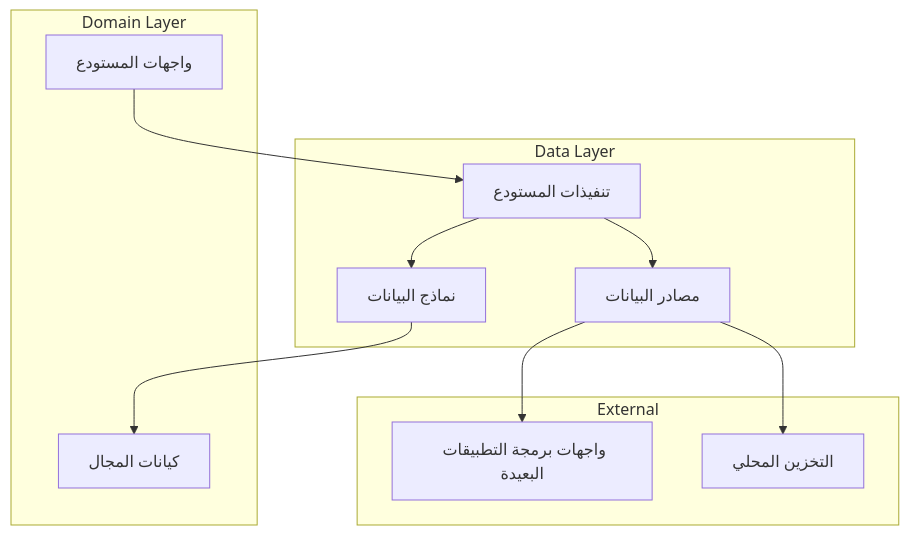
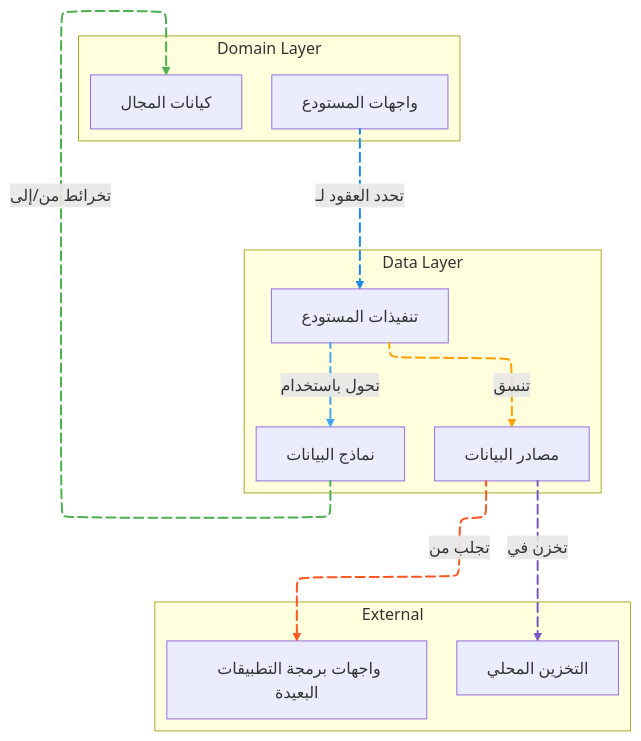
One commit to GeniusSystems24/genius_store changed the first of 2 diagrams in lib/data/README-ar.md. Above: the diagram before and after it, drawn with Mermaid. The commit also changed 60 other files, not shown here.

Commit message:
- add animations to diagrams.

````diff
--- a/lib/data/README-ar.md
+++ b/lib/data/README-ar.md
@@ -35,25 +35,44 @@
 ```mermaid
+---
+config:
+  look: classic
+  layout: elk
+---
 flowchart TD
     subgraph Domain Layer
         DomainEntities[كيانات المجال]
         RepositoryInterfaces[واجهات المستودع]
     end
     
     subgraph Data Layer
         RepositoryImplementations[تنفيذات المستودع]
         Models[نماذج البيانات]
         DataSources[مصادر البيانات]
     end
     
     subgraph External
         Remote[واجهات برمجة التطبيقات البعيدة]
         Local[التخزين المحلي]
     end
     
-    RepositoryInterfaces --> RepositoryImplementations
-    RepositoryImplementations --> Models
-    RepositoryImplementations --> DataSources
-    Models --> DomainEntities
-    DataSources --> Remote
-    DataSources --> Local
+    RepositoryInterfaces L_RepositoryInterfaces_RepositoryImplementations_0@--> |تحدد العقود لـ| RepositoryImplementations
+    RepositoryImplementations L_RepositoryImplementations_Models_0@--> |تحول باستخدام| Models
+    RepositoryImplementations L_RepositoryImplementations_DataSources_0@--> |تنسق| DataSources
+    Models L_Models_DomainEntities_0@--> |تخرائط من/إلى| DomainEntities
+    DataSources L_DataSources_Remote_0@--> |تجلب من| Remote
+    DataSources L_DataSources_Local_0@--> |تخزن في| Local
+    
+    linkStyle 0 stroke:#1E88E5,fill:none,stroke-width:2px
+    linkStyle 1 stroke:#42A5F5,fill:none,stroke-width:2px
+    linkStyle 2 stroke:#FFA000,fill:none,stroke-width:2px
+    linkStyle 3 stroke:#4CAF50,fill:none,stroke-width:2px
+    linkStyle 4 stroke:#FF5722,fill:none,stroke-width:2px
+    linkStyle 5 stroke:#7E57C2,fill:none,stroke-width:2px
+    
+    L_RepositoryInterfaces_RepositoryImplementations_0@{ animation: fast }
+    L_RepositoryImplementations_Models_0@{ animation: fast } 
+    L_RepositoryImplementations_DataSources_0@{ animation: fast } 
+    L_Models_DomainEntities_0@{ animation: fast }
+    L_DataSources_Remote_0@{ animation: fast }
+    L_DataSources_Local_0@{ animation: fast }
 ```
````
